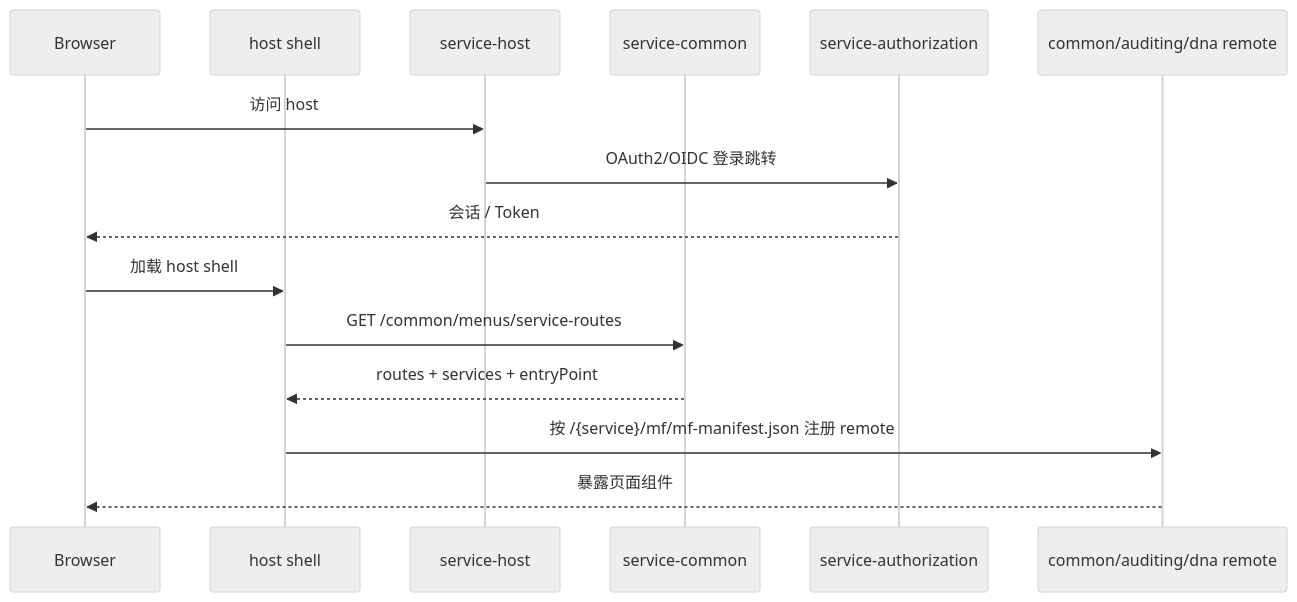
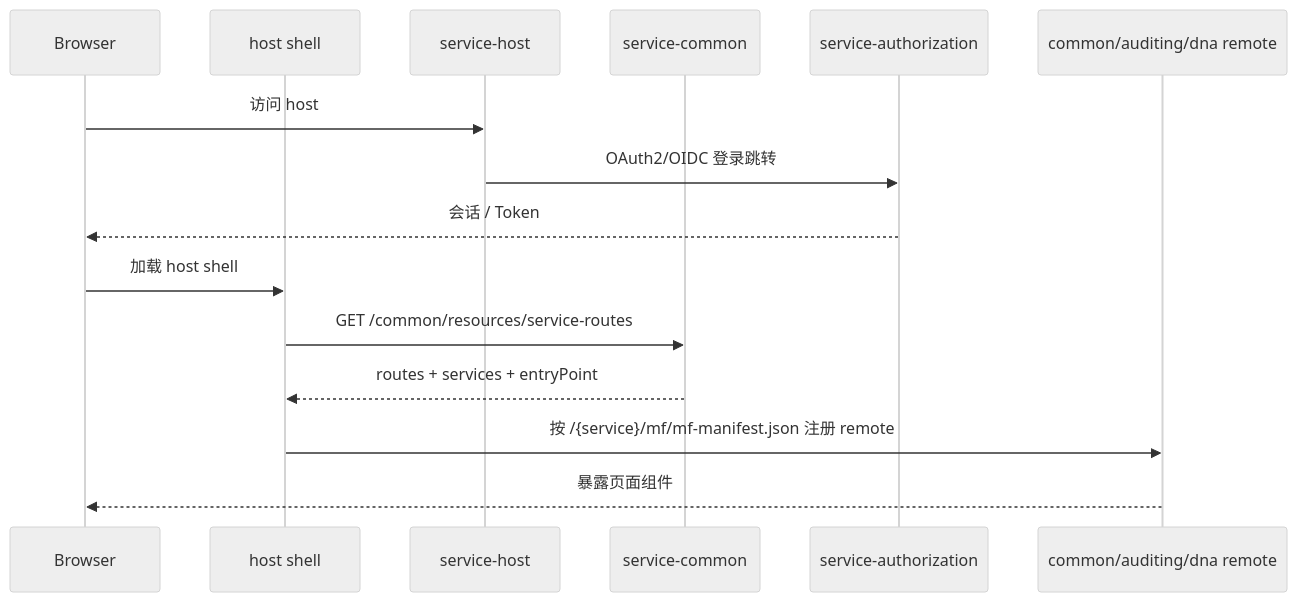
The diagram in doc/architecture/service_topology.md (simplepoint1024/open-simplepoint-dashboard), drawn with Mermaid (neutral theme) before and after one commit. The commit also changed other lines of this file and 338 other files, not shown here.

````diff
--- a/doc/architecture/service_topology.md
+++ b/doc/architecture/service_topology.md
@@ -43,18 +43,18 @@
 ```mermaid
 sequenceDiagram
   participant Browser as Browser
   participant HostUI as host shell
   participant HostSvc as service-host
   participant Common as service-common
   participant Auth as service-authorization
   participant Remote as common/auditing/dna remote
 
   Browser->>HostSvc: 访问 host
   HostSvc->>Auth: OAuth2/OIDC 登录跳转
   Auth-->>Browser: 会话 / Token
   Browser->>HostUI: 加载 host shell
-  HostUI->>Common: GET /common/menus/service-routes
+  HostUI->>Common: GET /common/resources/service-routes
   Common-->>HostUI: routes + services + entryPoint
   HostUI->>Remote: 按 /{service}/mf/mf-manifest.json 注册 remote
   Remote-->>Browser: 暴露页面组件
 ```
````
